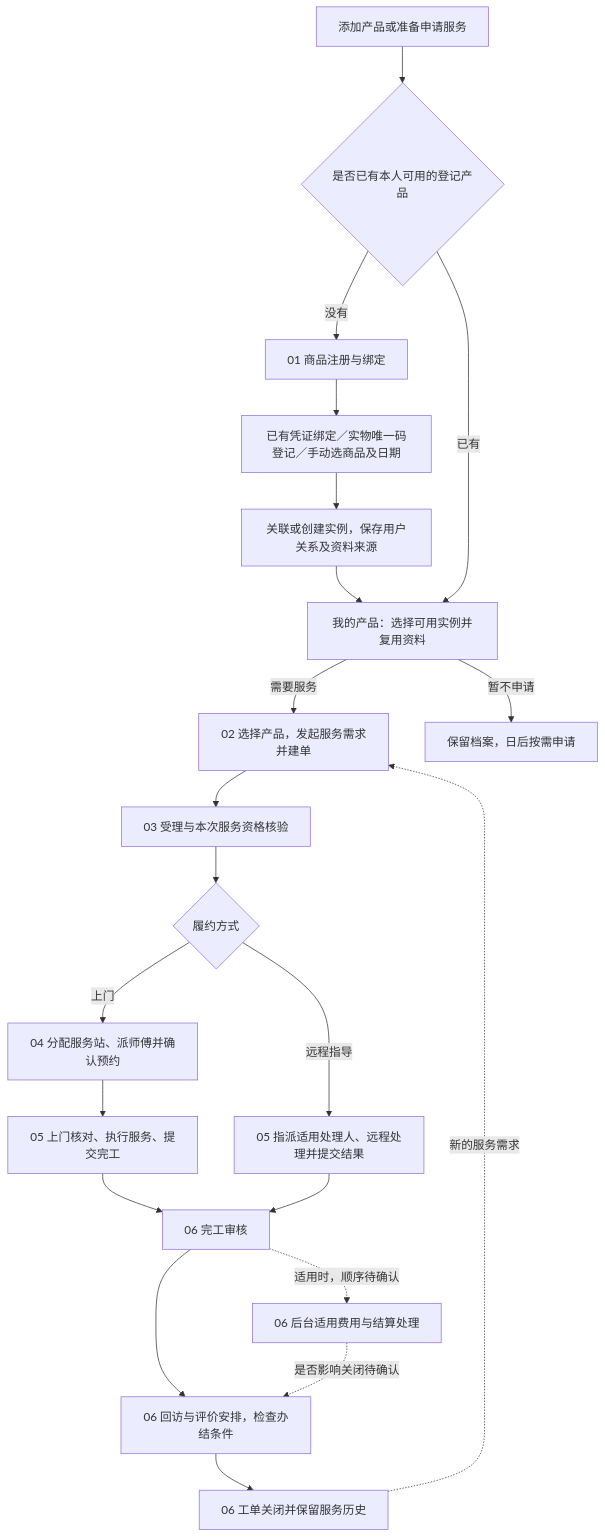
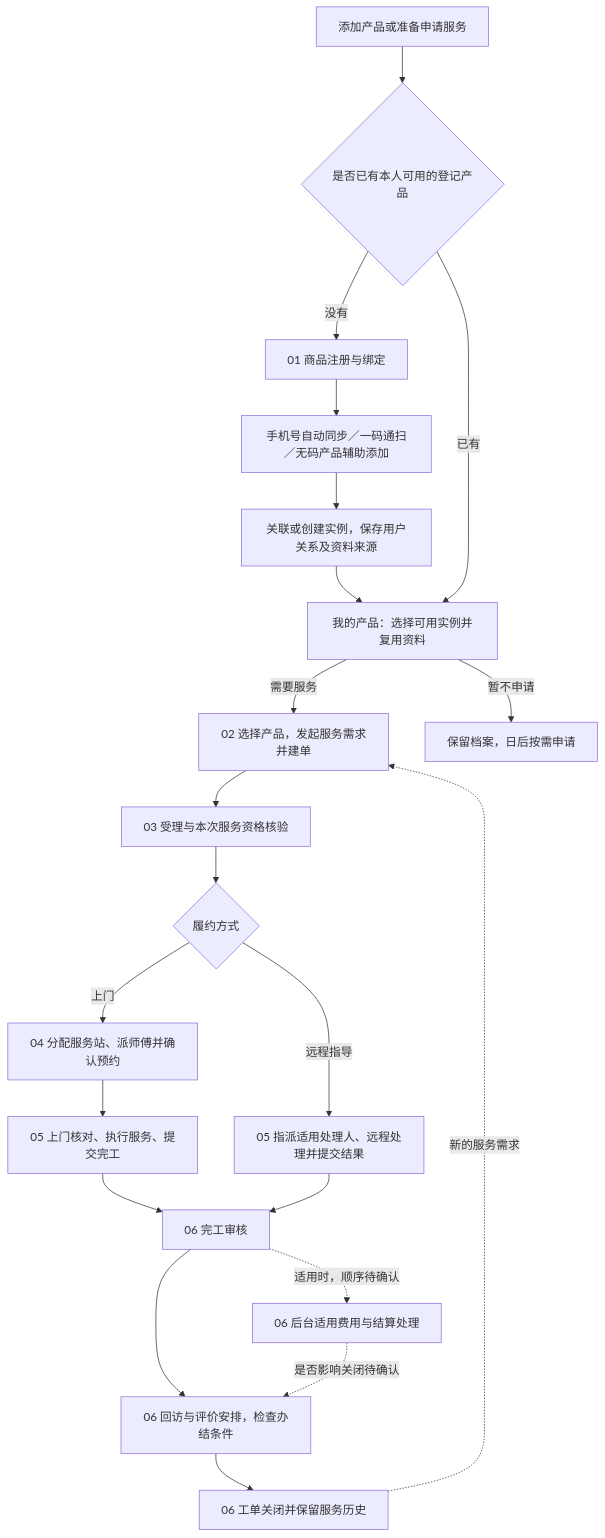
Before and after one commit to zhiyuan23/toto-after-sales-docs: the diagram in 05-业务流程/00-售后全流程总览.md, drawn with Mermaid. The commit also changed other lines of this file and 22 other files, not shown here.

````diff
--- a/05-业务流程/00-售后全流程总览.md
+++ b/05-业务流程/00-售后全流程总览.md
@@ -30,23 +30,23 @@
 ```mermaid
 flowchart TD
     START[添加产品或准备申请服务] --> HAS{是否已有本人可用的登记产品}
     HAS -->|没有| P[01 商品注册与绑定]
-    P --> P1[已有凭证绑定／实物唯一码登记／手动选商品及日期]
+    P --> P1[手机号自动同步／一码通扫／无码产品辅助添加]
     P1 --> LINK[关联或创建实例，保存用户关系及资料来源]
     LINK --> PRODUCT[我的产品：选择可用实例并复用资料]
     HAS -->|已有| PRODUCT
     PRODUCT -->|需要服务| A[02 选择产品，发起服务需求并建单]
     PRODUCT -->|暂不申请| SAVE[保留档案，日后按需申请]
     A --> B[03 受理与本次服务资格核验]
     B --> C{履约方式}
     C -->|上门| D[04 分配服务站、派师傅并确认预约]
     D --> E[05 上门核对、执行服务、提交完工]
     C -->|远程指导| F[05 指派适用处理人、远程处理并提交结果]
     E --> G[06 完工审核]
     F --> G
     G --> H[06 回访与评价安排，检查办结条件]
     H --> I[06 工单关闭并保留服务历史]
     G -. 适用时，顺序待确认 .-> J[06 后台适用费用与结算处理]
     J -. 是否影响关闭待确认 .-> H
     I -. 新的服务需求 .-> A
 ```
````
